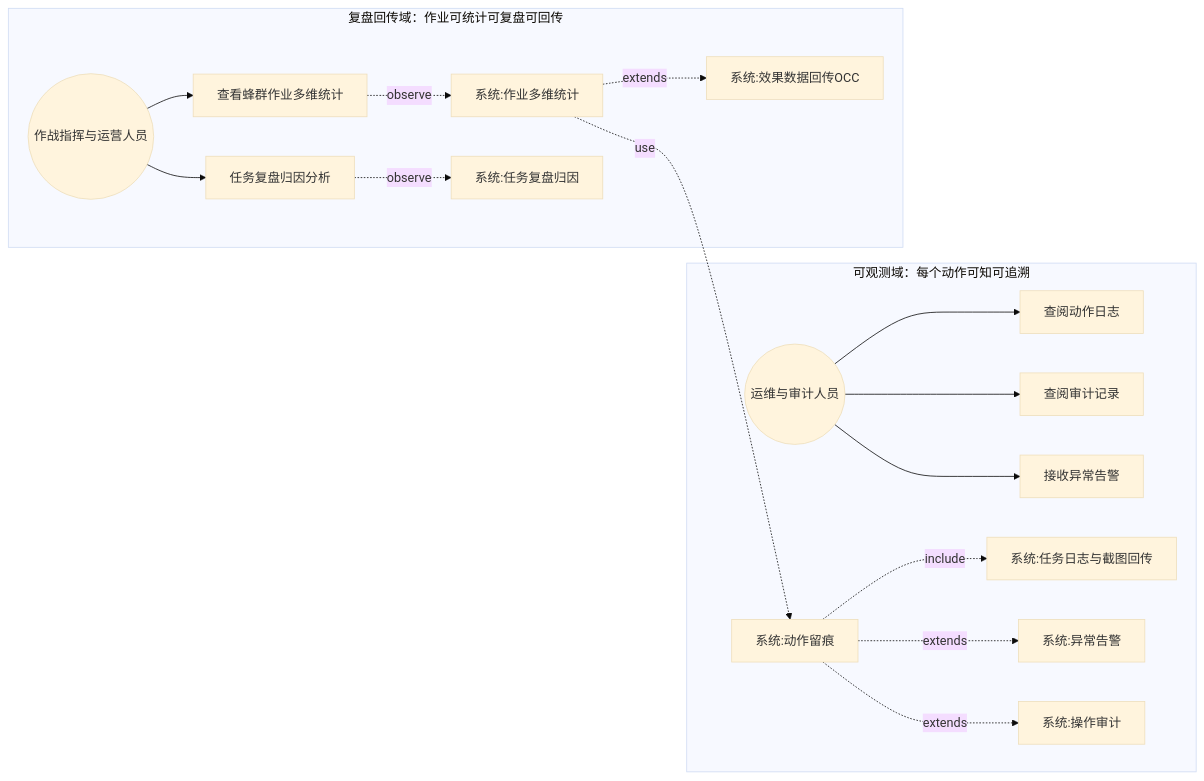
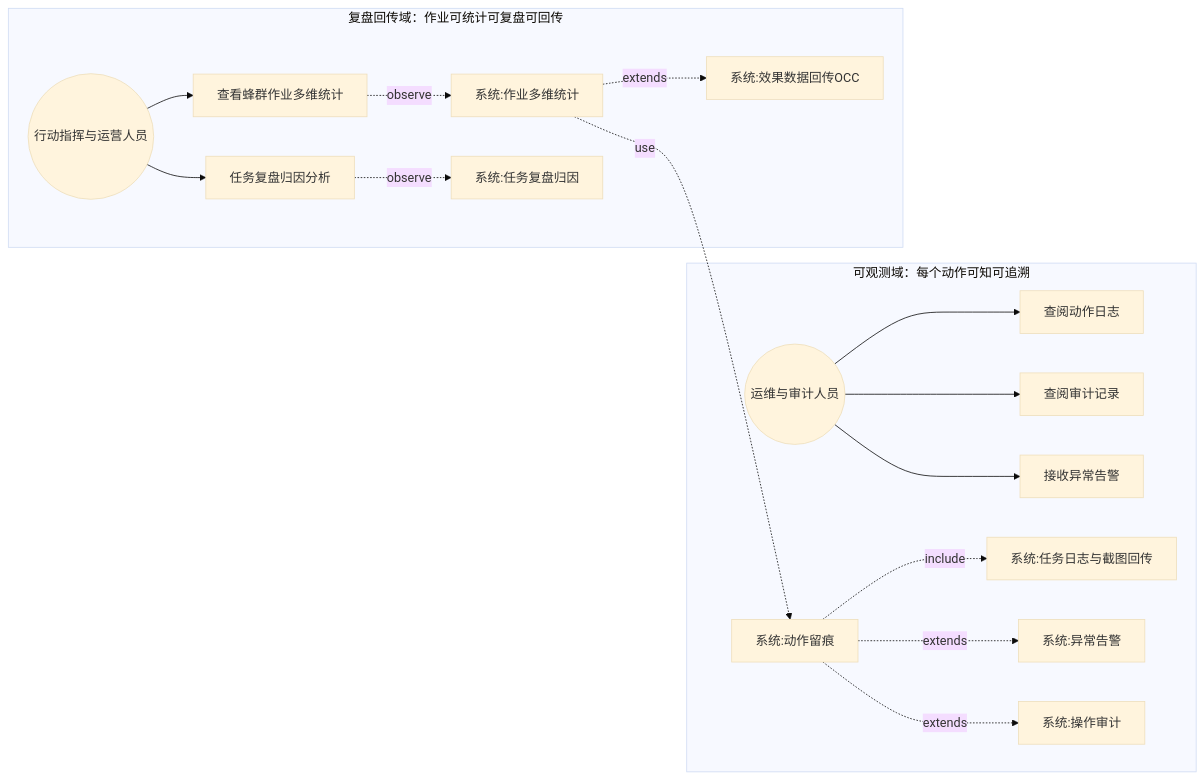
One commit to Sj-g/obsidian changed diagram 11 of 16 in 公司项目/认知作战/文档/SRS/软件需求规格说明-MC子系统.md. Above: the diagram before and after it, drawn with Mermaid (base theme). The commit also changed other lines of this file and 10 other files, not shown here.

````diff
--- a/公司项目/认知作战/文档/SRS/软件需求规格说明-MC子系统.md
+++ b/公司项目/认知作战/文档/SRS/软件需求规格说明-MC子系统.md
@@ -837,30 +843,30 @@
 ```mermaid
 flowchart LR
   subgraph 可观测域["可观测域：每个动作可知可追溯"]
     A1((运维与审计人员))
     UC1[查阅动作日志]
     UC2[查阅审计记录]
     UC3[接收异常告警]
     UC4[系统:动作留痕]
     UC5[系统:任务日志与截图回传]
     UC6[系统:异常告警]
     UC7[系统:操作审计]
     A1 --> UC1 & UC2 & UC3
     UC4 -. include .-> UC5
     UC4 -. extends .-> UC6
     UC4 -. extends .-> UC7
   end
   subgraph 复盘回传域["复盘回传域：作业可统计可复盘可回传"]
-    A2((作战指挥与运营人员))
+    A2((行动指挥与运营人员))
     UC8[查看蜂群作业多维统计]
     UC9[任务复盘归因分析]
     UC10[系统:作业多维统计]
     UC11[系统:任务复盘归因]
     UC12[系统:效果数据回传OCC]
     A2 --> UC8 & UC9
     UC8 -. observe .-> UC10
     UC9 -. observe .-> UC11
     UC10 -. use .-> UC4
     UC10 -. extends .-> UC12
   end
 ```
````
